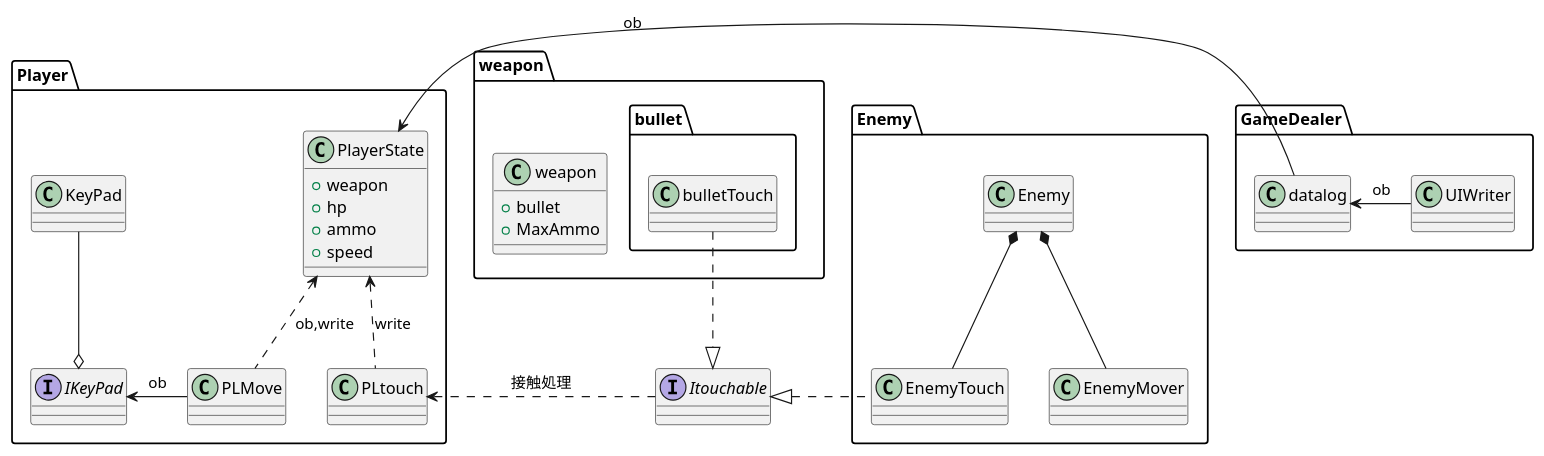
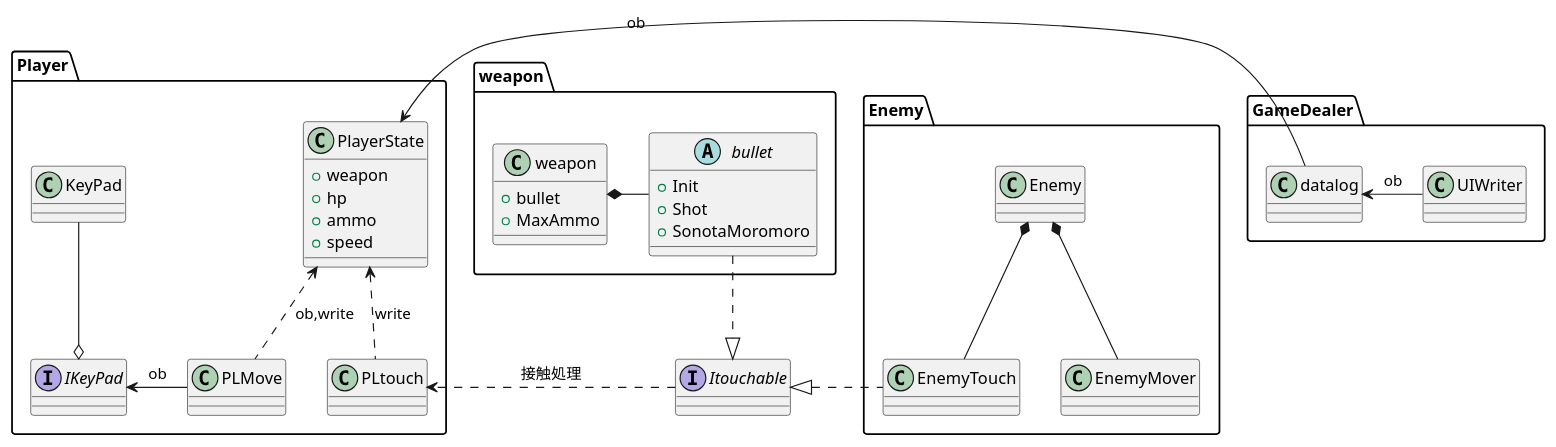
The diagram in Assets/Script/ClassDesign.pu (hitoiki/UnityRoomShooting), drawn with PlantUML before and after one commit. The commit also changed 156 other files, not shown here.

```diff
--- a/Assets/Script/ClassDesign.pu
+++ b/Assets/Script/ClassDesign.pu
@@ -1,59 +1,63 @@
 @startuml クラス図
 
 
 package Player{
 class PlayerState{
 +weapon
 +hp
 +ammo
 +speed
 }
 
 class PLMove
 class PLtouch
 
 interface IKeyPad
 class KeyPad
 
 KeyPad --o IKeyPad
 IKeyPad <- PLMove : ob
 PlayerState <.. PLMove : ob,write
 PlayerState <.. PLtouch : write
 }
 
 interface Itouchable
 Itouchable .> PLtouch : 接触処理
 
 package weapon{
     class weapon{
     +bullet
     +MaxAmmo
     }
-    package bullet{
-    class bulletTouch
-    Itouchable <|.Up. bulletTouch 
-}
+    abstract class bullet{
+        +Init
+        +Shot
+        +SonotaMoromoro
+    }
+    weapon *-right- bullet
+    Itouchable <|.Up. bullet 
+
 }
 
 
 
 package Enemy{
     class EnemyTouch
     class EnemyMover
     class Enemy
 
     Enemy *-- EnemyMover
     Enemy *-- EnemyTouch
     Itouchable <|. EnemyTouch
 }
 
 package GameDealer{
     class datalog
     class UIWriter
 
     PlayerState <- datalog : ob
     datalog <- UIWriter : ob
 
 }
 
 @enduml
```
